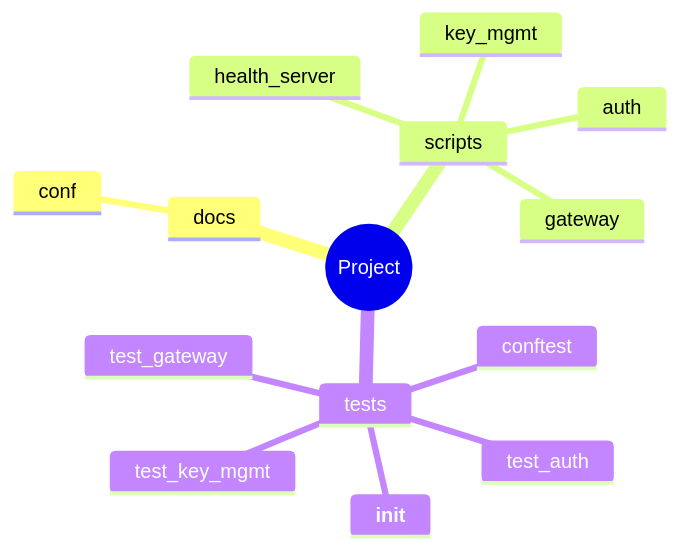
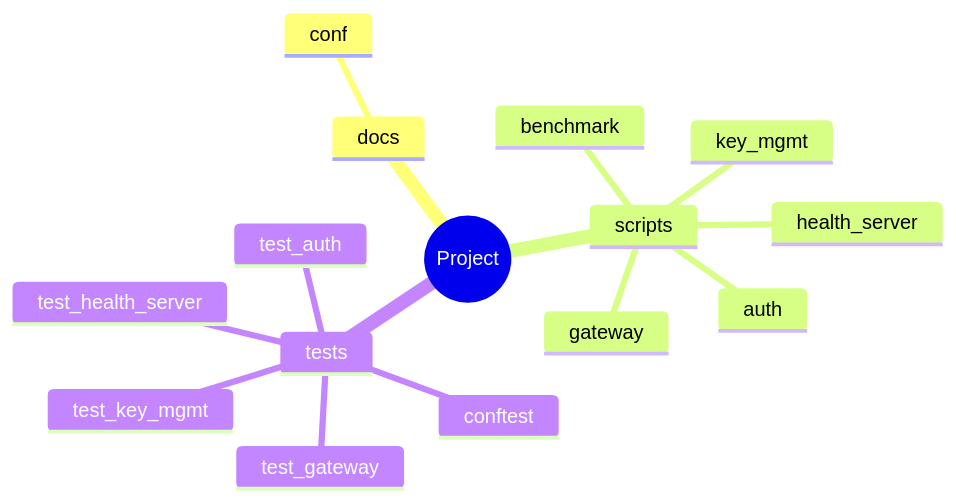
One commit to zepfu/llama-gguf-inference changed the fifth of 8 diagrams in docs/auto/ARCHITECTURE_AUTO.md. Above: the diagram before and after it, drawn with Mermaid. The commit also changed other lines of this file and 3 other files, not shown here.

````diff
--- a/docs/auto/ARCHITECTURE_AUTO.md
+++ b/docs/auto/ARCHITECTURE_AUTO.md
@@ -174,17 +179,18 @@
 ```mermaid
 mindmap
   root((Project))
     docs
       conf
     scripts
       health_server
       key_mgmt
       auth
       gateway
+      benchmark
     tests
       test_auth
       test_key_mgmt
+      test_health_server
       conftest
       test_gateway
-      __init__
 ```
````
